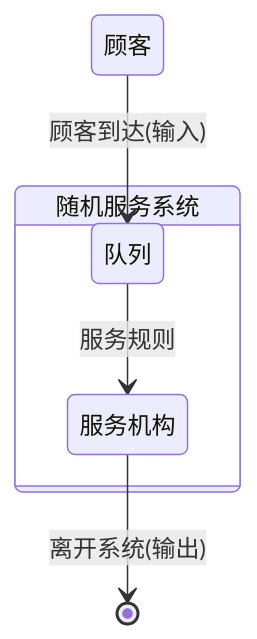
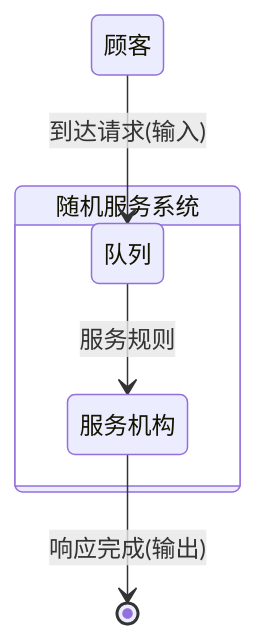
One commit to 0xcaffebabe/note changed the third of 4 diagrams in doc/软件工程/性能工程.md. Above: the diagram before and after it, drawn with Mermaid. The commit also changed other lines of this file, not shown here.

````diff
--- a/doc/软件工程/性能工程.md
+++ b/doc/软件工程/性能工程.md
@@ -126,8 +163,8 @@
 ```mermaid
 stateDiagram-v2
   state 随机服务系统 {
     队列 --> 服务机构: 服务规则
   }
-  顾客 --> 队列: 顾客到达(输入)
-  服务机构 --> [*]: 离开系统(输出)
+  顾客 --> 队列: 到达请求(输入)
+  服务机构 --> [*]: 响应完成(输出)
 ```
````
